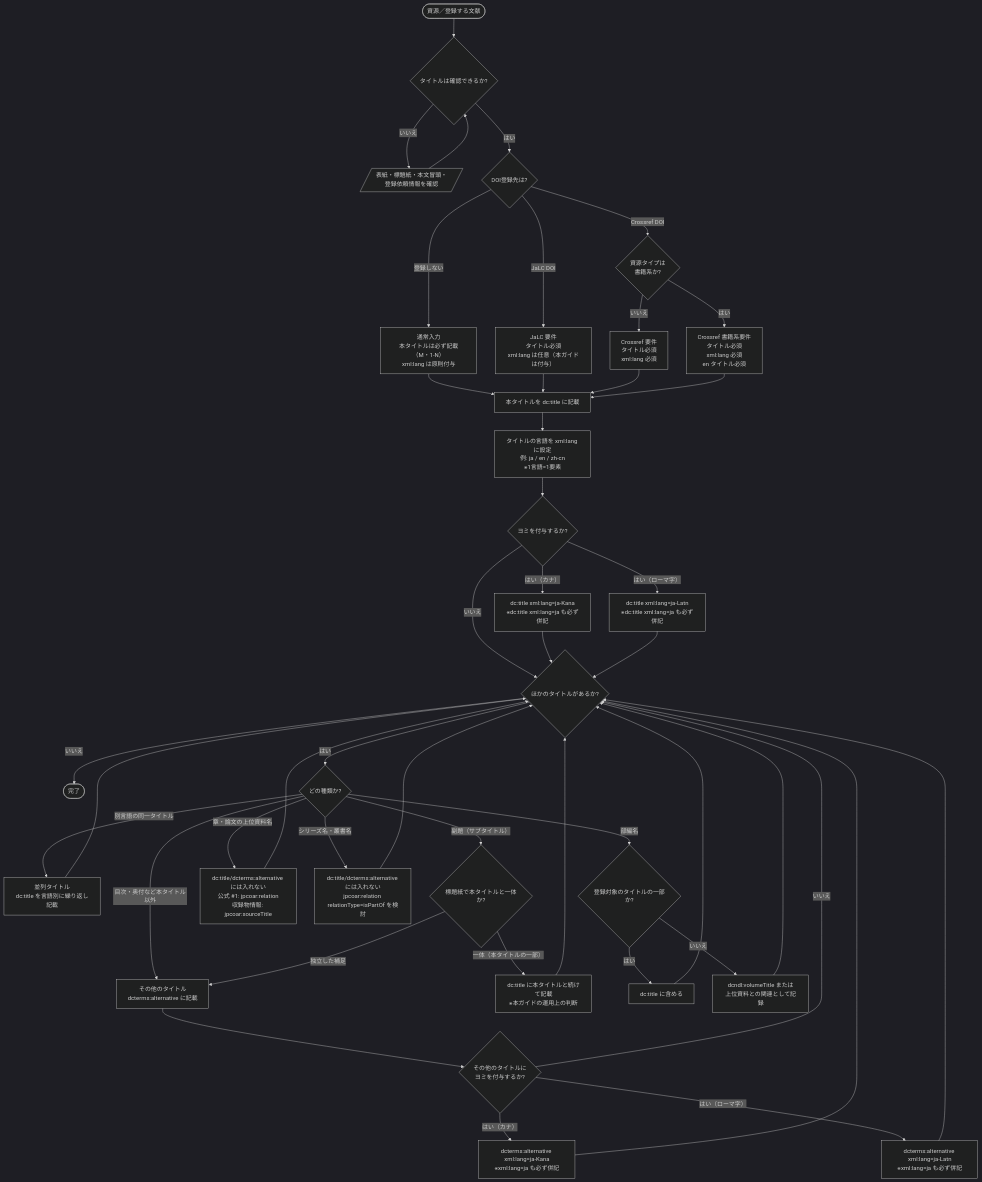
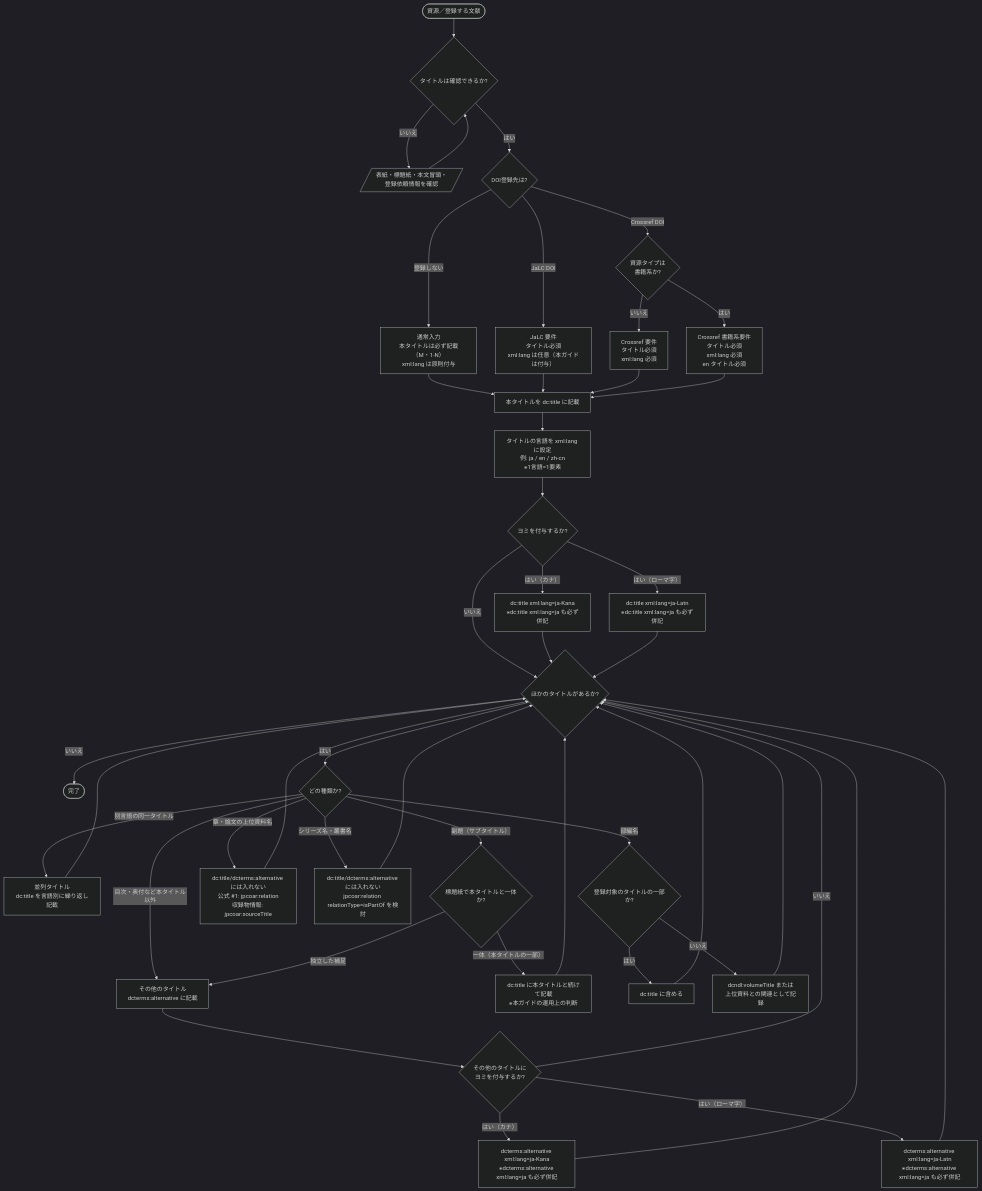
One commit to tzhaya/jpcoarschema-helper changed the diagram in decision-trees/title.md. Above: the diagram before and after it, drawn with Mermaid (dark theme). The commit also changed other lines of this file, not shown here.

Commit message:
docs: タイトルのヨミ判断を明確化

````diff
--- a/decision-trees/title.md
+++ b/decision-trees/title.md
@@ -58,60 +58,60 @@
 ```mermaid
 flowchart TD
     R([資源／登録する文献]) --> D0{タイトルは確認できるか?}
     D0 -- いいえ --> A0[/表紙・標題紙・本文冒頭・登録依頼情報を確認/]
     A0 --> D0
     D0 -- はい --> Q1{DOI登録先は?}
 
     Q1 -- 登録しない --> CTX0["通常入力<br/>本タイトルは必ず記載（M・1-N）<br/>xml:lang は原則付与"]
     Q1 -- JaLC DOI --> CTX1["JaLC 要件<br/>タイトル必須<br/>xml:lang は任意（本ガイドは付与）"]
     Q1 -- Crossref DOI --> Q1a{資源タイプは<br/>書籍系か?}
 
     Q1a -- いいえ --> CTX2["Crossref 要件<br/>タイトル必須<br/>xml:lang 必須"]
     Q1a -- はい --> CTX3["Crossref 書籍系要件<br/>タイトル必須<br/>xml:lang 必須<br/>en タイトル必須"]
 
     CTX0 --> P1
     CTX1 --> P1
     CTX2 --> P1
     CTX3 --> P1
 
     P1["本タイトルを dc:title に記載"] --> P2["タイトルの言語を xml:lang に設定<br/>例: ja / en / zh-cn<br/>※1言語=1要素"]
     P2 --> D2{ヨミを付与するか?}
 
     D2 -- "はい（カナ）" --> A2a["dc:title xml:lang=ja-Kana<br/>※dc:title xml:lang=ja も必ず併記"]
     D2 -- "はい（ローマ字）" --> A2b["dc:title xml:lang=ja-Latn<br/>※dc:title xml:lang=ja も必ず併記"]
     D2 -- いいえ --> D3
 
     A2a --> D3
     A2b --> D3
 
     D3{ほかのタイトルがあるか?}
     D3 -- いいえ --> END
     D3 -- はい --> D3a{どの種類か?}
 
     D3a -- "別言語の同一タイトル" --> A3a["並列タイトル<br/>dc:title を言語別に繰り返し記載"]
     D3a -- "副題（サブタイトル）" --> D3b{標題紙で本タイトルと一体か?}
     D3a -- "目次・奥付など本タイトル以外" --> A3b["その他のタイトル<br/>dcterms:alternative に記載"]
     D3a -- "章・論文の上位資料名" --> A3d["dc:title/dcterms:alternative には入れない<br/>公式 #1: jpcoar:relation<br/>収録物情報: jpcoar:sourceTitle"]
     D3a -- "シリーズ名・叢書名" --> A3e["dc:title/dcterms:alternative には入れない<br/>jpcoar:relation relationType=isPartOf を検討"]
     D3a -- "部編名" --> D3c{登録対象のタイトルの一部か?}
 
     D3b -- "一体（本タイトルの一部）" --> A3c["dc:title に本タイトルと続けて記載<br/>※本ガイドの運用上の判断"]
     D3b -- "独立した補足" --> A3b
     D3c -- はい --> A3f["dc:title に含める"]
     D3c -- いいえ --> A3g["dcndl:volumeTitle または<br/>上位資料との関連として記録"]
 
     A3a --> D3
     A3b --> D3d{その他のタイトルに<br/>ヨミを付与するか?}
     D3d -- いいえ --> D3
-    D3d -- "はい（カナ）" --> A3h["dcterms:alternative xml:lang=ja-Kana<br/>※xml:lang=ja も必ず併記"]
-    D3d -- "はい（ローマ字）" --> A3i["dcterms:alternative xml:lang=ja-Latn<br/>※xml:lang=ja も必ず併記"]
+    D3d -- "はい（カナ）" --> A3h["dcterms:alternative xml:lang=ja-Kana<br/>※dcterms:alternative xml:lang=ja も必ず併記"]
+    D3d -- "はい（ローマ字）" --> A3i["dcterms:alternative xml:lang=ja-Latn<br/>※dcterms:alternative xml:lang=ja も必ず併記"]
     A3h --> D3
     A3i --> D3
     A3c --> D3
     A3d --> D3
     A3e --> D3
     A3f --> D3
     A3g --> D3
 
     END([完了])
 ```
````
